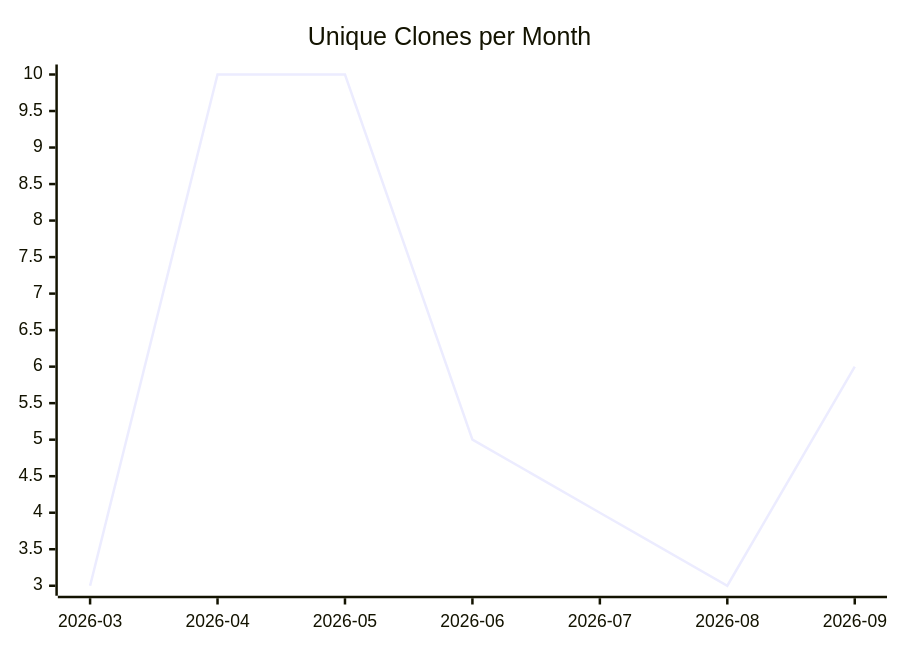
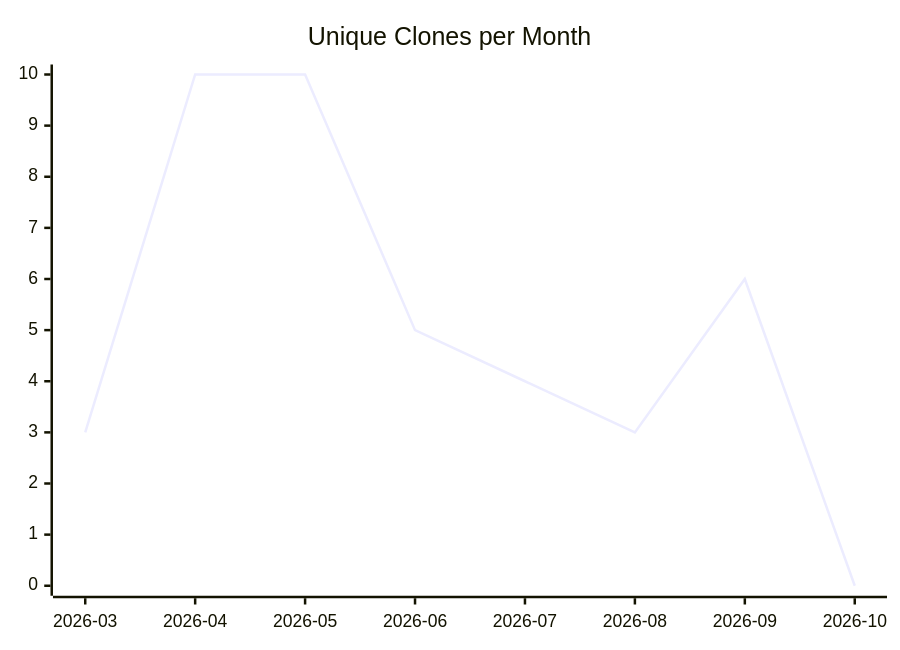
One commit to justdavis-family/github-analytics-data changed the third of 3 diagrams in karlmdavis/can-i-kayak-baltimore/README.md. Above: the diagram before and after it, drawn with Mermaid. The commit also changed other lines of this file and 202 other files, not shown here.

````diff
--- a/karlmdavis/can-i-kayak-baltimore/README.md
+++ b/karlmdavis/can-i-kayak-baltimore/README.md
@@ -19,6 +19,6 @@
 ```mermaid
 xychart-beta
   title "Unique Clones per Month"
-  x-axis ["2026-03", "2026-04", "2026-05", "2026-06", "2026-07", "2026-08", "2026-09"]
-  line [3, 10, 10, 5, 4, 3, 6]
+  x-axis ["2026-03", "2026-04", "2026-05", "2026-06", "2026-07", "2026-08", "2026-09", "2026-10"]
+  line [3, 10, 10, 5, 4, 3, 6, 0]
 ```
````
